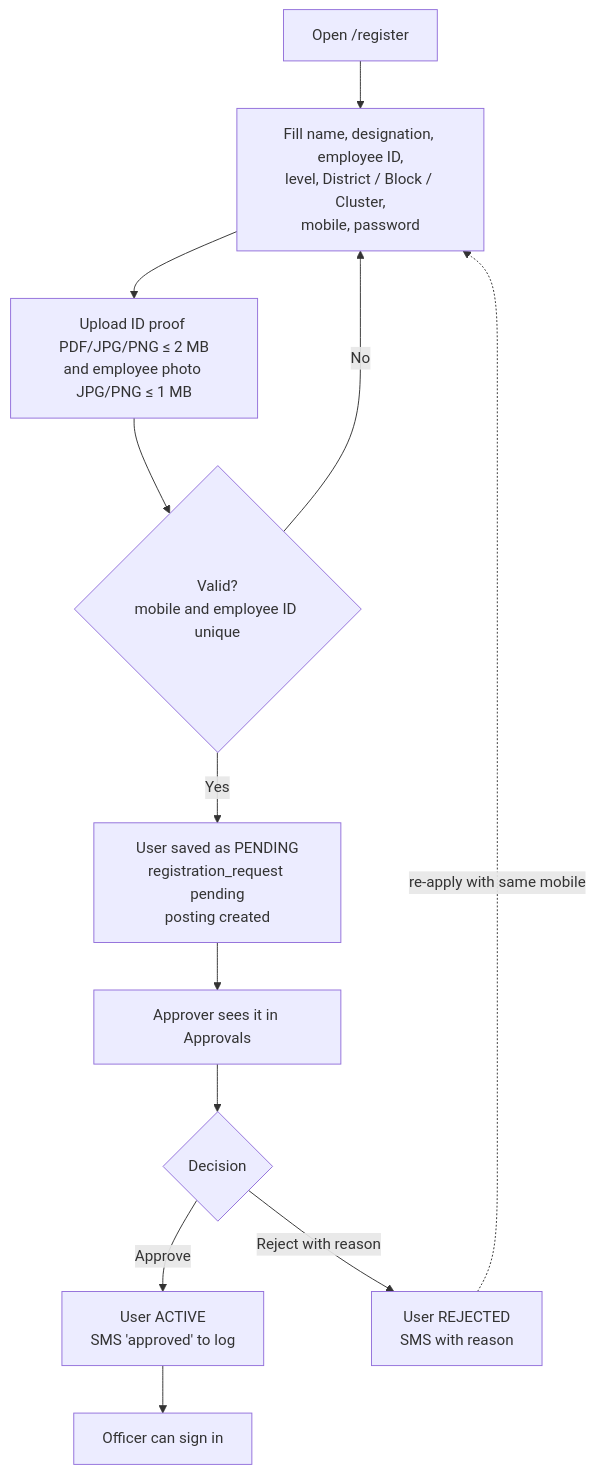
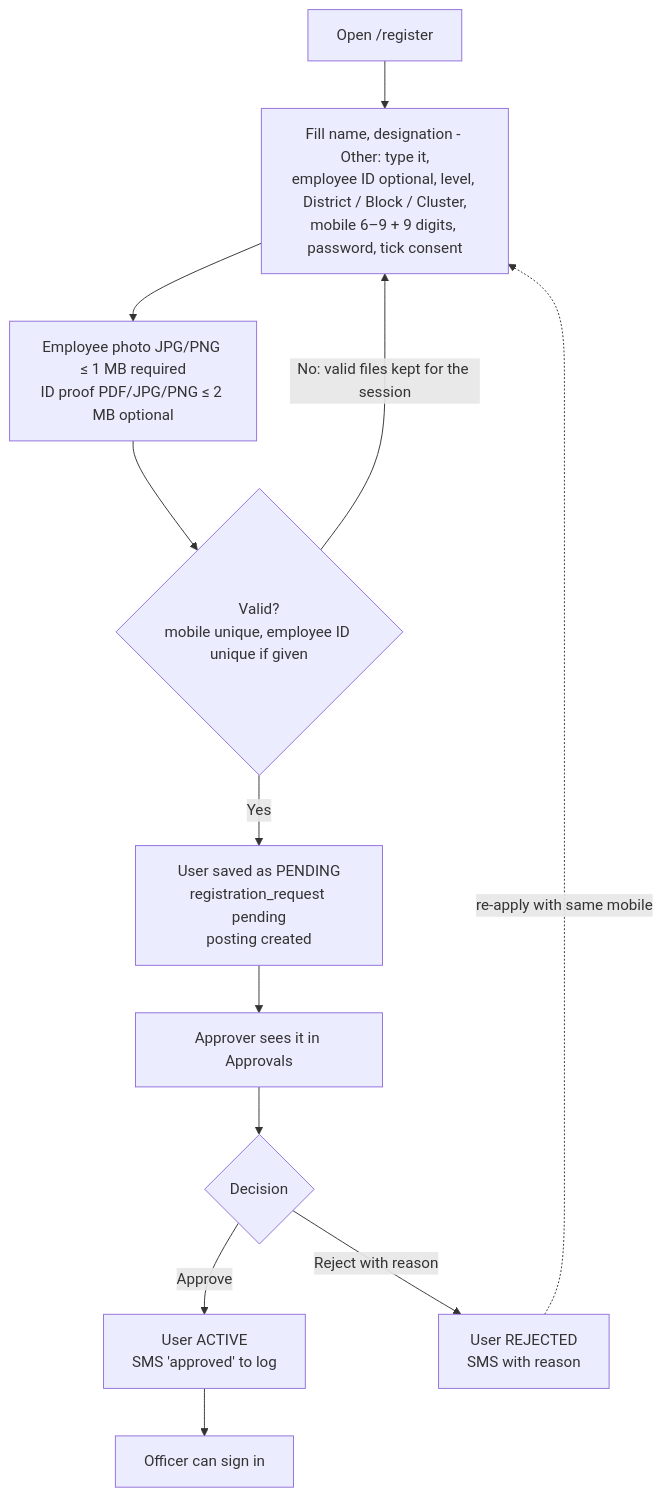
The third of 16 diagrams in PROJECT_DOCUMENT.md (nathgunajit/school_inspection), drawn with Mermaid before and after one commit. The commit also changed other lines of this file and 2 other files, not shown here.

````diff
--- a/PROJECT_DOCUMENT.md
+++ b/PROJECT_DOCUMENT.md
@@ -131,14 +132,14 @@
 ```mermaid
 flowchart TD
-    A[Open /register] --> B[Fill name, designation, employee ID,<br/>level, District / Block / Cluster,<br/>mobile, password]
-    B --> C[Upload ID proof PDF/JPG/PNG ≤ 2 MB<br/>and employee photo JPG/PNG ≤ 1 MB]
-    C --> D{Valid?<br/>mobile and employee ID unique}
-    D -- No --> B
+    A[Open /register] --> B[Fill name, designation - Other: type it,<br/>employee ID optional, level, District / Block / Cluster,<br/>mobile 6–9 + 9 digits, password, tick consent]
+    B --> C[Employee photo JPG/PNG ≤ 1 MB required<br/>ID proof PDF/JPG/PNG ≤ 2 MB optional]
+    C --> D{Valid?<br/>mobile unique, employee ID unique if given}
+    D -- No: valid files kept for the session --> B
     D -- Yes --> E[User saved as PENDING<br/>registration_request pending<br/>posting created]
     E --> F[Approver sees it in Approvals]
     F --> G{Decision}
     G -- Approve --> H[User ACTIVE<br/>SMS 'approved' to log]
     G -- Reject with reason --> I[User REJECTED<br/>SMS with reason]
     I -.re-apply with same mobile.-> B
     H --> J[Officer can sign in]
 ```
````
